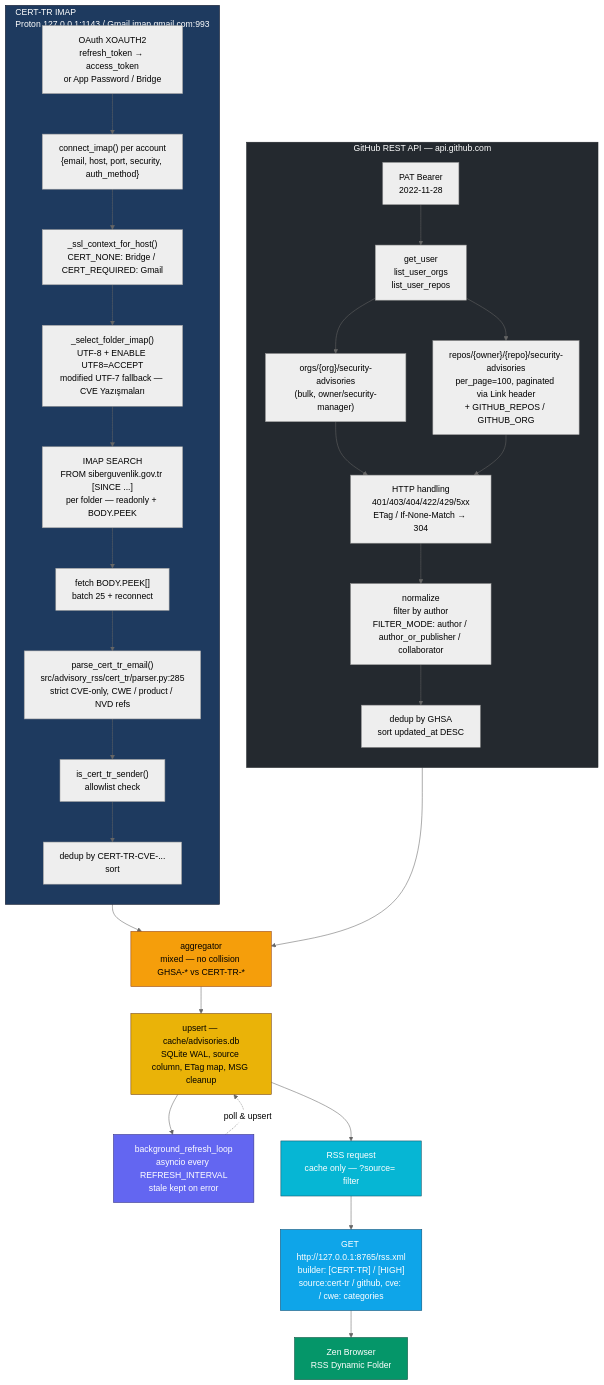
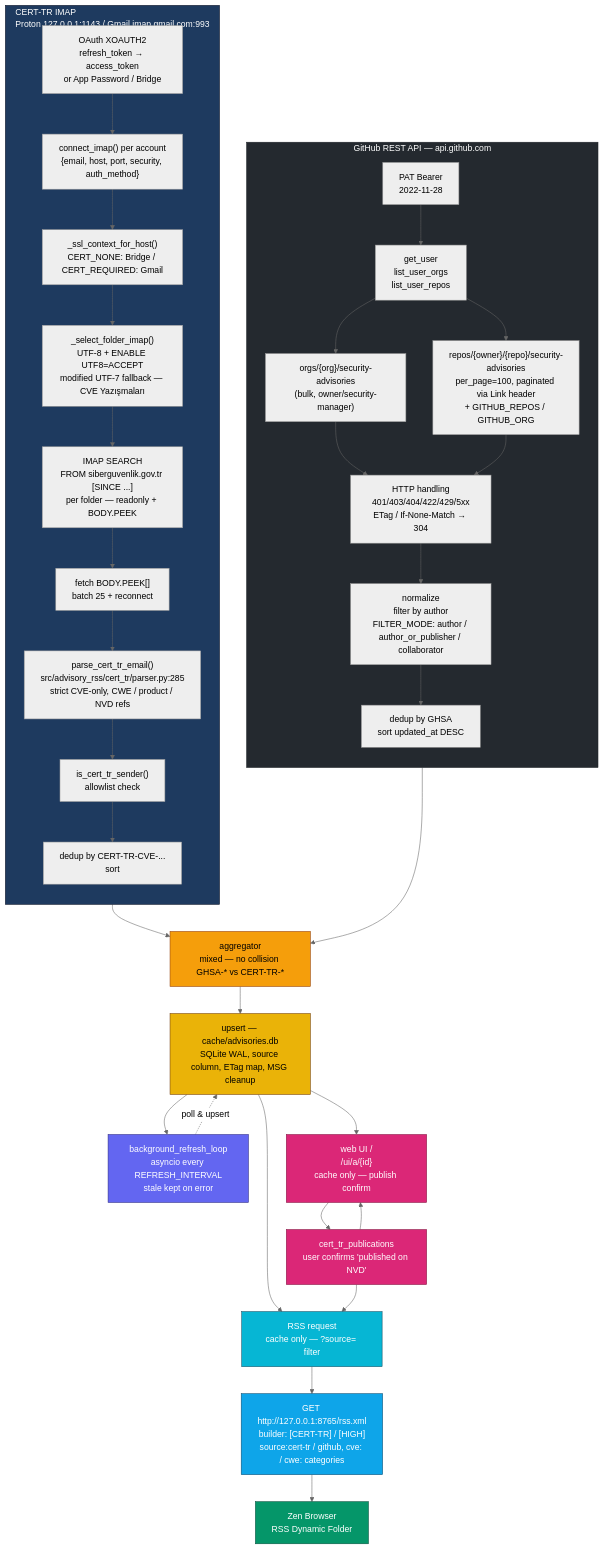
One commit to Lunixizm0/Advisory-RSS changed the second of 2 diagrams in README.md. Above: the diagram before and after it, drawn with Mermaid (neutral theme). The commit also changed other lines of this file and 19 other files, not shown here.

Commit message:
feat: Add minimal web UI with full CERT-TR mail view and publish confirmation

````diff
--- a/README.md
+++ b/README.md
@@ -305,59 +379,67 @@
 ```mermaid
 flowchart TD
     subgraph GH["GitHub REST API — api.github.com"]
         direction TB
         GH_AUTH["PAT Bearer<br/>2022-11-28"]
         GH_A1["get_user<br/>list_user_orgs<br/>list_user_repos"]
         GH_A2["orgs/{org}/security-advisories<br/>(bulk, owner/security-manager)"]
         GH_A3["repos/{owner}/{repo}/security-advisories<br/>per_page=100, paginated via Link header<br/>+ GITHUB_REPOS / GITHUB_ORG"]
         GH_A4["HTTP handling<br/>401/403/404/422/429/5xx<br/>ETag / If-None-Match → 304"]
         GH_A5["normalize<br/>filter by author<br/>FILTER_MODE: author / author_or_publisher / collaborator"]
         GH_A6["dedup by GHSA<br/>sort updated_at DESC"]
 
         GH_AUTH --> GH_A1
         GH_A1 --> GH_A2
         GH_A1 --> GH_A3
         GH_A2 --> GH_A4
         GH_A3 --> GH_A4
         GH_A4 --> GH_A5 --> GH_A6
     end
 
     subgraph CERT["CERT-TR IMAP<br/>Proton 127.0.0.1:1143 / Gmail imap.gmail.com:993"]
         direction TB
         CT_AUTH["OAuth XOAUTH2<br/>refresh_token → access_token<br/>or App Password / Bridge"]
         CT_B1["connect_imap() per account<br/>{email, host, port, security, auth_method}"]
         CT_B2["_ssl_context_for_host()<br/>CERT_NONE: Bridge / CERT_REQUIRED: Gmail"]
         CT_B3["_select_folder_imap()<br/>UTF-8 + ENABLE UTF8=ACCEPT<br/>modified UTF-7 fallback — CVE Yazışmaları"]
         CT_B4["IMAP SEARCH<br/>FROM siberguvenlik.gov.tr [SINCE ...]<br/>per folder — readonly + BODY.PEEK"]
         CT_B5["fetch BODY.PEEK[]<br/>batch 25 + reconnect"]
         CT_B6["parse_cert_tr_email()<br/>src/advisory_rss/cert_tr/parser.py:285<br/>strict CVE-only, CWE / product / NVD refs"]
         CT_B7["is_cert_tr_sender()<br/>allowlist check"]
         CT_B8["dedup by CERT-TR-CVE-...<br/>sort"]
 
         CT_AUTH --> CT_B1 --> CT_B2 --> CT_B3 --> CT_B4 --> CT_B5 --> CT_B6 --> CT_B7 --> CT_B8
     end
 
     AGG["aggregator<br/>mixed — no collision GHSA-* vs CERT-TR-*"]
     CACHE["upsert — cache/advisories.db<br/>SQLite WAL, source column, ETag map, MSG cleanup"]
     LOOP["background_refresh_loop<br/>asyncio every REFRESH_INTERVAL<br/>stale kept on error"]
     REQ["RSS request<br/>cache only — ?source= filter"]
+    UI["web UI /<br/>/ui/a/{id}<br/>cache only — publish confirm"]
+    CONF["cert_tr_publications<br/>user confirms 'published on NVD'"]
     FEED["GET http://127.0.0.1:8765/rss.xml<br/>builder: [CERT-TR] / [HIGH]<br/>source:cert-tr / github, cve: / cwe: categories"]
     ZEN["Zen Browser<br/>RSS Dynamic Folder"]
 
     GH_A6 --> AGG
     CT_B8 --> AGG
     AGG --> CACHE
     CACHE --> LOOP
     CACHE --> REQ
+    CACHE --> UI
+    CONF --> REQ
+    CONF --> UI
+    UI --> CONF
     LOOP -. poll & upsert .-> CACHE
     REQ --> FEED --> ZEN
 
     style GH fill:#24292f,stroke:#1f2328,color:#fff
     style CERT fill:#1e3a5f,stroke:#0f172a,color:#fff
     style AGG fill:#f59e0b,stroke:#92400e,color:#000
     style CACHE fill:#eab308,stroke:#713f12,color:#000
     style LOOP fill:#6366f1,stroke:#312e81,color:#fff
     style REQ fill:#06b6d4,stroke:#164e63,color:#fff
+    style UI fill:#db2777,stroke:#831843,color:#fff
+    style CONF fill:#db2777,stroke:#831843,color:#fff
     style FEED fill:#0ea5e9,stroke:#0c4a6e,color:#fff
     style ZEN fill:#059669,stroke:#064e3b,color:#fff
 ```
````
